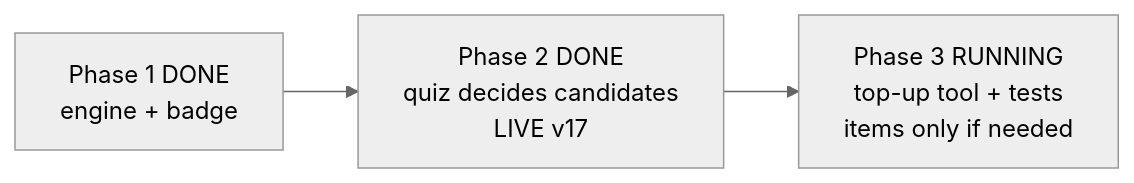
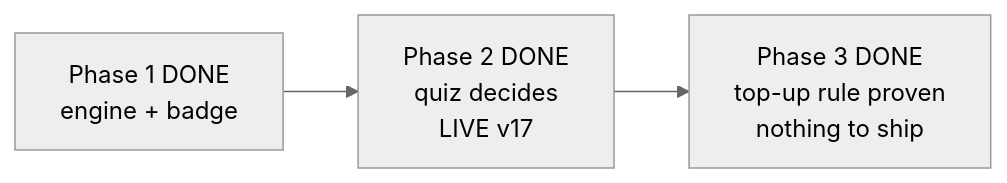
One commit to dkreinov/magic-clinic-english changed the diagram in .oplan/word-g1/STATUS.md. Above: the diagram before and after it, drawn with Mermaid (neutral theme). The commit also changed other lines of this file and 4 other files, not shown here.

````diff
--- a/.oplan/word-g1/STATUS.md
+++ b/.oplan/word-g1/STATUS.md
@@ -15,5 +15,5 @@
 ```mermaid
 flowchart LR
-    A[Phase 1 DONE<br/>engine + badge] --> B[Phase 2 DONE<br/>quiz decides candidates<br/>LIVE v17]
-    B --> C[Phase 3 RUNNING<br/>top-up tool + tests<br/>items only if needed]
+    A[Phase 1 DONE<br/>engine + badge] --> B[Phase 2 DONE<br/>quiz decides<br/>LIVE v17]
+    B --> C[Phase 3 DONE<br/>top-up rule proven<br/>nothing to ship]
 ```
````
